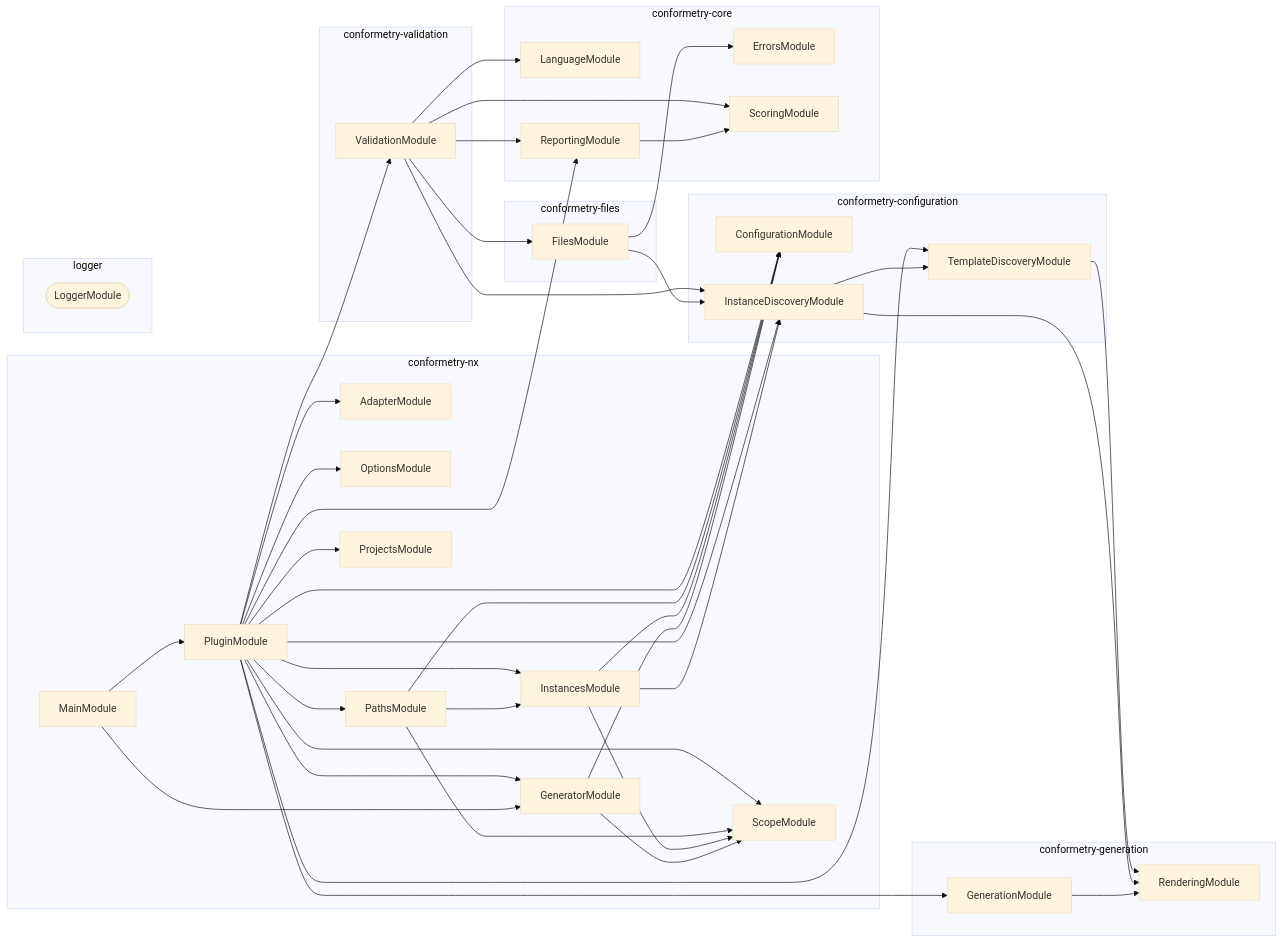
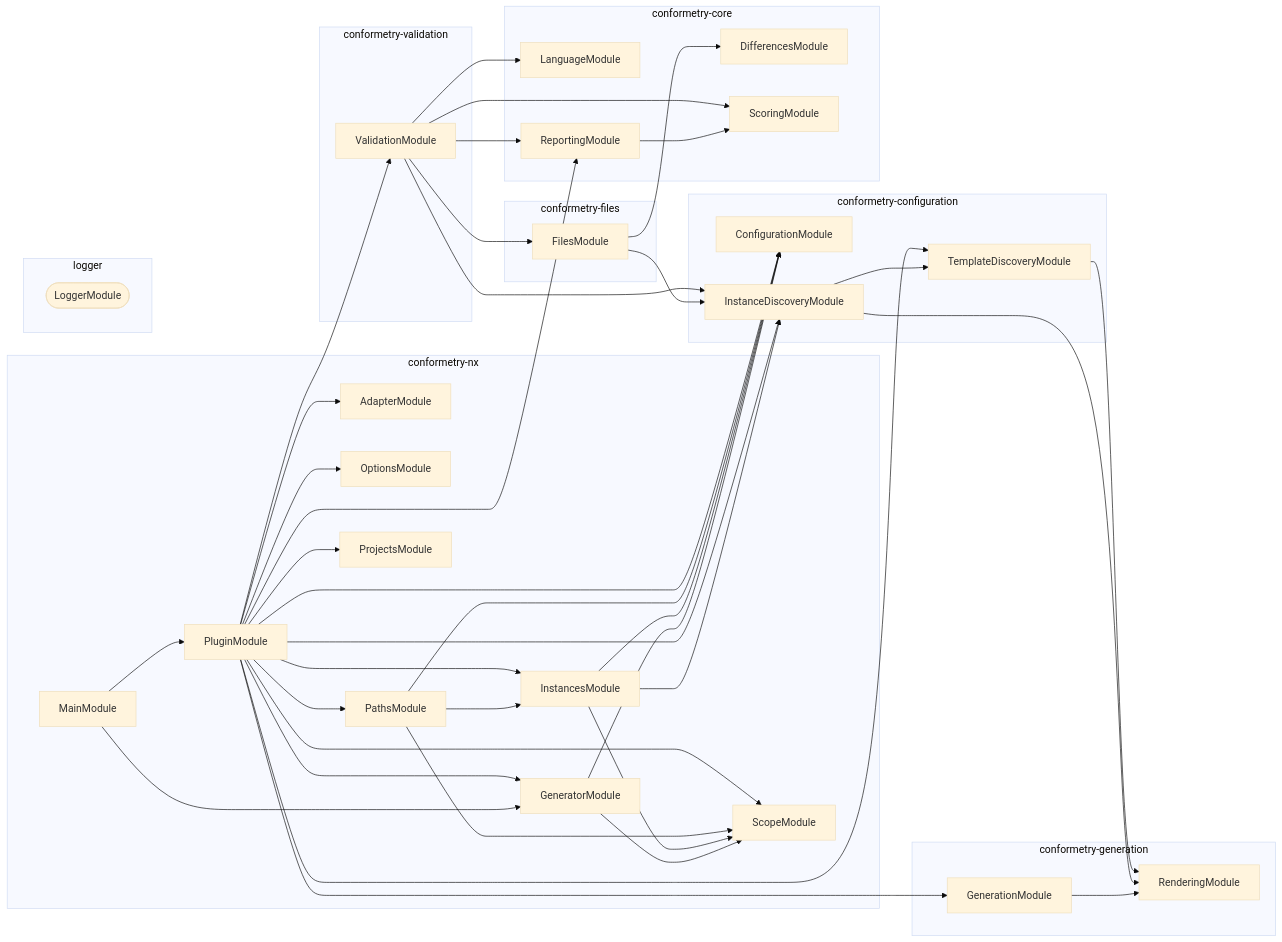
Before and after one commit to JimmyPaolini/codebase: the diagram in packages/conformetry-nx/AGENTS.md, drawn with Mermaid (base theme). The commit also changed 77 other files, not shown here.

````diff
--- a/packages/conformetry-nx/AGENTS.md
+++ b/packages/conformetry-nx/AGENTS.md
@@ -50,73 +50,73 @@
 ```mermaid
 flowchart LR
   subgraph group0["conformetry-nx"]
     AdapterModule
     GeneratorModule
     InstancesModule
     MainModule
     OptionsModule
     PathsModule
     PluginModule
     ProjectsModule
     ScopeModule
   end
   subgraph group1["conformetry-configuration"]
     ConfigurationModule
     InstanceDiscoveryModule
     TemplateDiscoveryModule
   end
   subgraph group2["conformetry-core"]
-    ErrorsModule
+    DifferencesModule
     LanguageModule
     ReportingModule
     ScoringModule
   end
   subgraph group3["conformetry-files"]
     FilesModule
   end
   subgraph group4["conformetry-generation"]
     GenerationModule
     RenderingModule
   end
   subgraph group5["conformetry-validation"]
     ValidationModule
   end
   subgraph group6["logger"]
     LoggerModule([LoggerModule])
   end
-  FilesModule --> ErrorsModule
+  FilesModule --> DifferencesModule
   FilesModule --> InstanceDiscoveryModule
   GenerationModule --> RenderingModule
   GeneratorModule --> ConfigurationModule
   GeneratorModule --> ScopeModule
   InstanceDiscoveryModule --> RenderingModule
   InstanceDiscoveryModule --> TemplateDiscoveryModule
   InstancesModule --> ConfigurationModule
   InstancesModule --> InstanceDiscoveryModule
   InstancesModule --> ScopeModule
   MainModule --> GeneratorModule
   MainModule --> PluginModule
   PathsModule --> ConfigurationModule
   PathsModule --> InstancesModule
   PathsModule --> ScopeModule
   PluginModule --> AdapterModule
   PluginModule --> ConfigurationModule
   PluginModule --> GenerationModule
   PluginModule --> GeneratorModule
   PluginModule --> InstanceDiscoveryModule
   PluginModule --> InstancesModule
   PluginModule --> OptionsModule
   PluginModule --> PathsModule
   PluginModule --> ProjectsModule
   PluginModule --> ReportingModule
   PluginModule --> ScopeModule
   PluginModule --> TemplateDiscoveryModule
   PluginModule --> ValidationModule
   ReportingModule --> ScoringModule
   TemplateDiscoveryModule --> RenderingModule
   ValidationModule --> FilesModule
   ValidationModule --> InstanceDiscoveryModule
   ValidationModule --> LanguageModule
   ValidationModule --> ReportingModule
   ValidationModule --> ScoringModule
 ```
````
